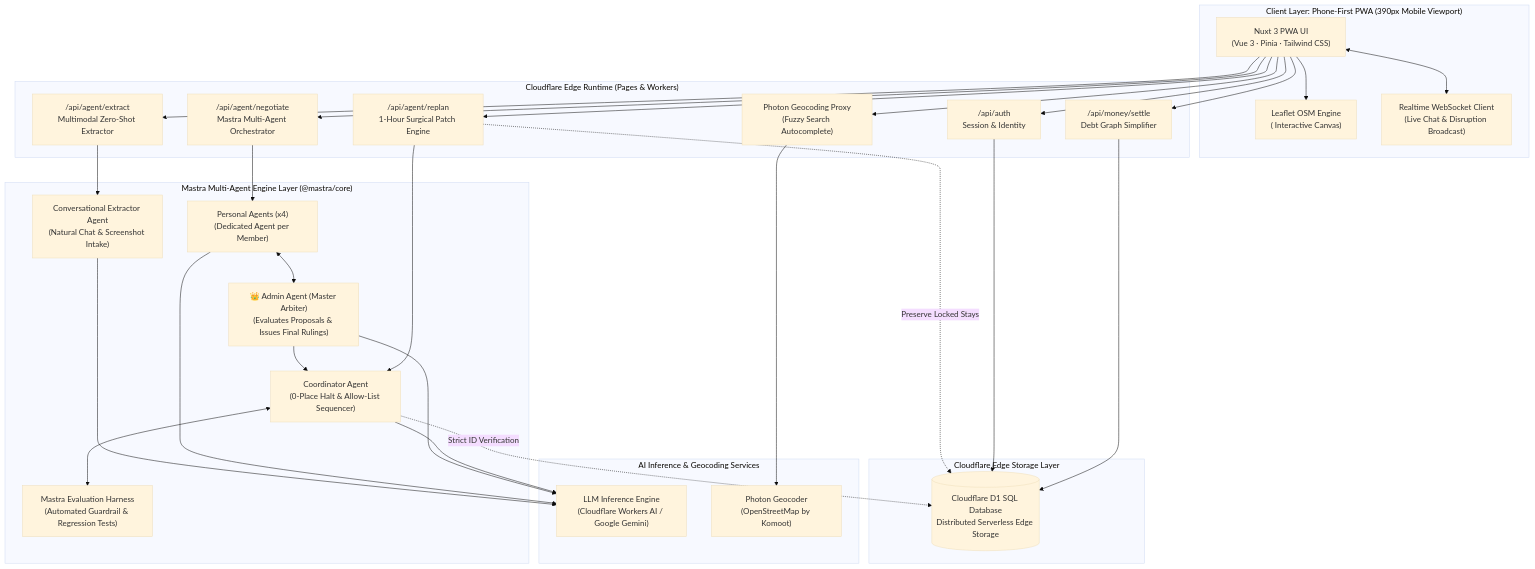
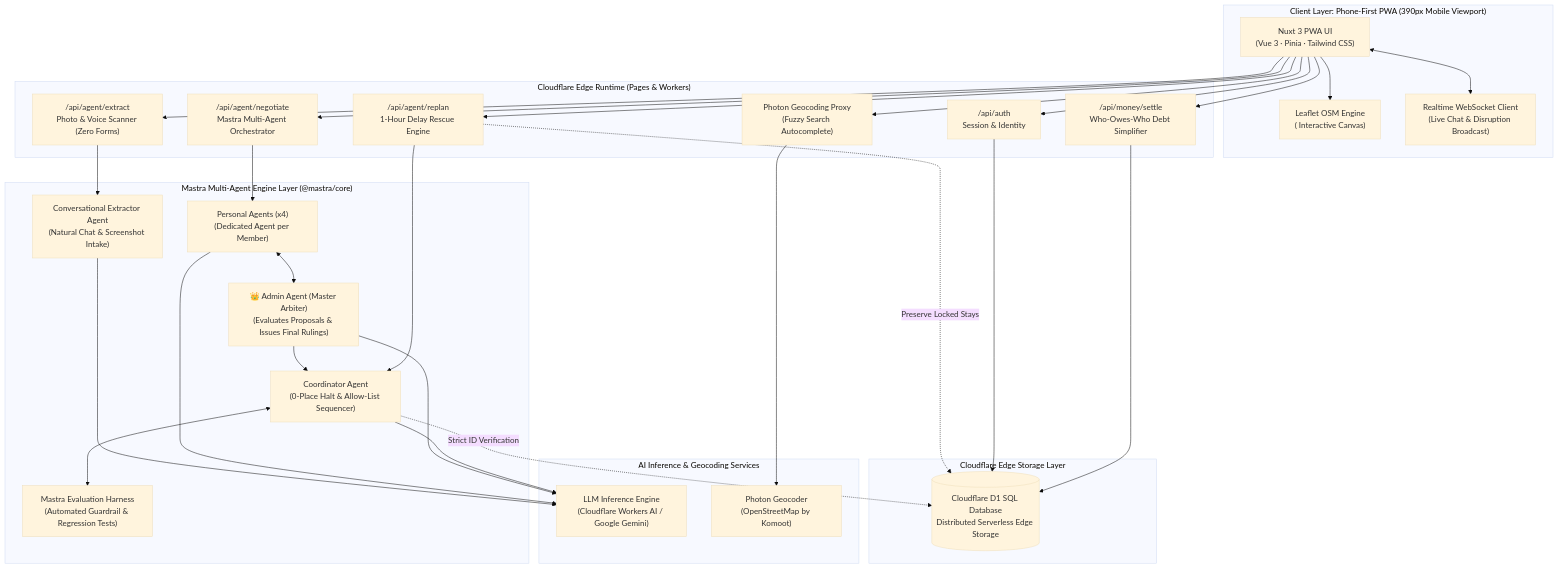
Diagram 21 of 21 in README.md (nlzce/We-are-the-champions_Plan-B), drawn with Mermaid (base theme) before and after one commit. The commit also changed other lines of this file, not shown here.

````diff
--- a/README.md
+++ b/README.md
@@ -778,61 +778,61 @@
 ```mermaid
 flowchart TD
   subgraph CLIENT["Client Layer: Phone-First PWA (390px Mobile Viewport)"]
     UI["Nuxt 3 PWA UI<br/>(Vue 3 · Pinia · Tailwind CSS)"]
     MapClient["Leaflet OSM Engine<br/>(<ClientOnly> Interactive Canvas)"]
     RTClient["Realtime WebSocket Client<br/>(Live Chat & Disruption Broadcast)"]
   end
 
   subgraph EDGE["Cloudflare Edge Runtime (Pages & Workers)"]
     AuthRoute["/api/auth<br/>Session & Identity"]
-    ExtractRoute["/api/agent/extract<br/>Multimodal Zero-Shot Extractor"]
+    ExtractRoute["/api/agent/extract<br/>Photo & Voice Scanner (Zero Forms)"]
     AgentRoute["/api/agent/negotiate<br/>Mastra Multi-Agent Orchestrator"]
-    ReplanRoute["/api/agent/replan<br/>1-Hour Surgical Patch Engine"]
+    ReplanRoute["/api/agent/replan<br/>1-Hour Delay Rescue Engine"]
     GeoRoute["Photon Geocoding Proxy<br/>(Fuzzy Search Autocomplete)"]
-    DebtRoute["/api/money/settle<br/>Debt Graph Simplifier"]
+    DebtRoute["/api/money/settle<br/>Who-Owes-Who Debt Simplifier"]
   end
 
   subgraph MASTRA["Mastra Multi-Agent Engine Layer (@mastra/core)"]
     ExtractAgent["Conversational Extractor Agent<br/>(Natural Chat & Screenshot Intake)"]
     PersonalAgents["Personal Agents (x4)<br/>(Dedicated Agent per Member)"]
     AdminAgent["👑 Admin Agent (Master Arbiter)<br/>(Evaluates Proposals & Issues Final Rulings)"]
     CoordAgent["Coordinator Agent<br/>(0-Place Halt & Allow-List Sequencer)"]
     EvalHarness["Mastra Evaluation Harness<br/>(Automated Guardrail & Regression Tests)"]
   end
 
   subgraph STORAGE["Cloudflare Edge Storage Layer"]
     D1[(Cloudflare D1 SQL Database<br/>Distributed Serverless Edge Storage)]
   end
 
   subgraph EXTERNAL["AI Inference & Geocoding Services"]
     LLM["LLM Inference Engine<br/>(Cloudflare Workers AI / Google Gemini)"]
     PhotonAPI["Photon Geocoder<br/>(OpenStreetMap by Komoot)"]
   end
 
   UI --> AuthRoute
   UI --> ExtractRoute
   UI --> AgentRoute
   UI --> ReplanRoute
   UI --> DebtRoute
   UI --> GeoRoute
   UI --> MapClient
   UI <--> RTClient
 
   ExtractRoute --> ExtractAgent
   AgentRoute --> PersonalAgents
   PersonalAgents <--> AdminAgent
   AdminAgent --> CoordAgent
   ReplanRoute --> CoordAgent
   CoordAgent <--> EvalHarness
 
   ExtractAgent --> LLM
   PersonalAgents --> LLM
   AdminAgent --> LLM
   CoordAgent --> LLM
   GeoRoute --> PhotonAPI
 
   CoordAgent -.->|Strict ID Verification| D1
   ReplanRoute -.->|Preserve Locked Stays| D1
   AuthRoute --> D1
   DebtRoute --> D1
 ```
````
